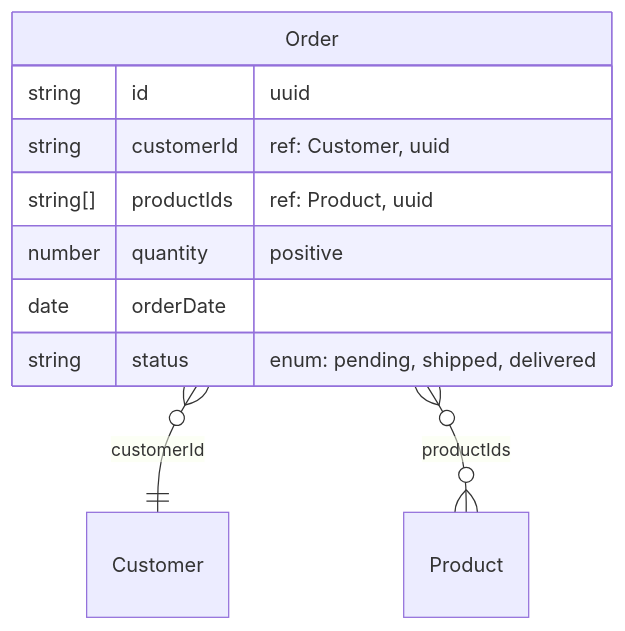
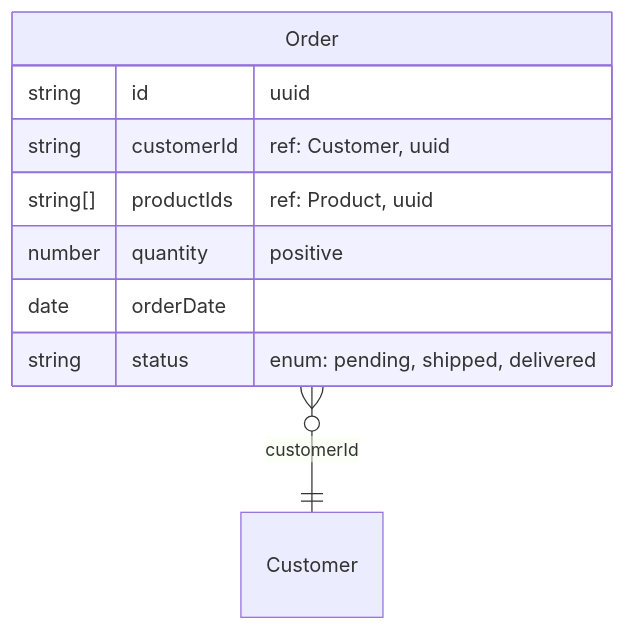
Before and after one commit to kothar/zod-mermaid: diagram 14 of 16 in examples/mermaid-examples.md, drawn with Mermaid. The commit also changed other lines of this file and 6 other files, not shown here.

Commit message:
WIP replacing monkeypatched references on schemas with use of the global metadata registry

````diff
--- a/examples/mermaid-examples.md
+++ b/examples/mermaid-examples.md
@@ -351,13 +351,12 @@
 ```mermaid
 erDiagram
     Order {
         string id "uuid"
         string customerId "ref: Customer, uuid"
         string[] productIds "ref: Product, uuid"
         number quantity "positive"
         date orderDate
         string status "enum: pending, shipped, delivered"
     }
     Order }o--|| Customer : "customerId"
-    Order }o--o{ Product : "productIds"
 ```
````
